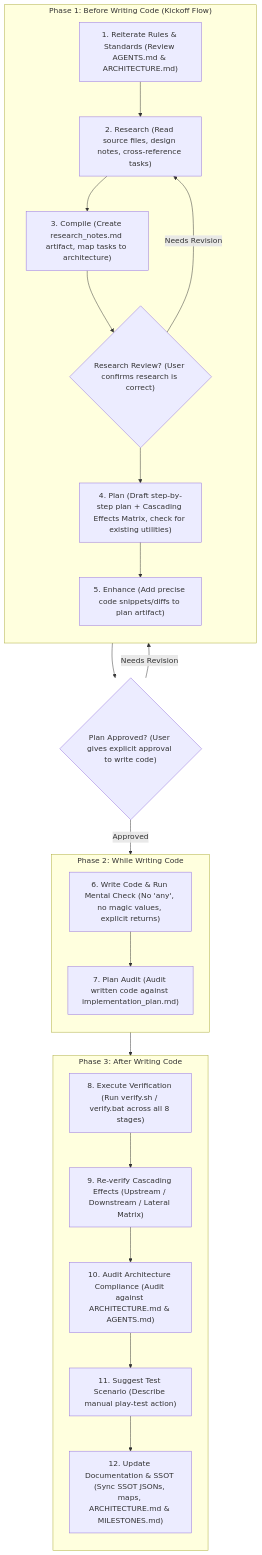
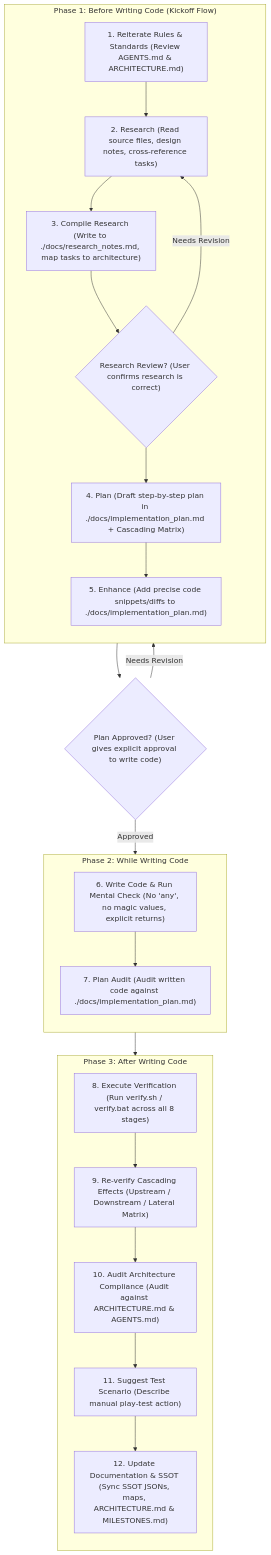
One commit to ThiagoRibas-dev/rogue_like changed the diagram in AGENTS.md. Above: the diagram before and after it, drawn with Mermaid. The commit also changed other lines of this file and 80 other files, not shown here.

````diff
--- a/AGENTS.md
+++ b/AGENTS.md
@@ -54,47 +54,47 @@
 ```mermaid
 flowchart TD
     subgraph Before ["Phase 1: Before Writing Code (Kickoff Flow)"]
         direction TB
         S1["1. Reiterate Rules & Standards (Review AGENTS.md & ARCHITECTURE.md)"]
         S2["2. Research (Read source files, design notes, cross-reference tasks)"]
-        S3["3. Compile (Create research_notes.md artifact, map tasks to architecture)"]
-        S4["4. Plan (Draft step-by-step plan + Cascading Effects Matrix, check for existing utilities)"]
-        S5["5. Enhance (Add precise code snippets/diffs to plan artifact)"]
+        S3["3. Compile Research (Write to ./docs/research_notes.md, map tasks to architecture)"]
+        S4["4. Plan (Draft step-by-step plan in ./docs/implementation_plan.md + Cascading Matrix)"]
+        S5["5. Enhance (Add precise code snippets/diffs to ./docs/implementation_plan.md)"]
         
         S1 --> S2
         S2 --> S3
         S3 --> ResearchGate
         ResearchGate --> S4
         S4 --> S5
     end
 
     ResearchGate{"Research Review? (User confirms research is correct)"}
     Gate{"Plan Approved? (User gives explicit approval to write code)"}
     
     subgraph While ["Phase 2: While Writing Code"]
         direction TB
         S6["6. Write Code & Run Mental Check (No 'any', no magic values, explicit returns)"]
-        S6_5["7. Plan Audit (Audit written code against implementation_plan.md)"]
+        S6_5["7. Plan Audit (Audit written code against ./docs/implementation_plan.md)"]
         S6 --> S6_5
     end
 
     subgraph After ["Phase 3: After Writing Code"]
         direction TB
         S7["8. Execute Verification (Run verify.sh / verify.bat across all 8 stages)"]
         S8["9. Re-verify Cascading Effects (Upstream / Downstream / Lateral Matrix)"]
         S9["10. Audit Architecture Compliance (Audit against ARCHITECTURE.md & AGENTS.md)"]
         S10["11. Suggest Test Scenario (Describe manual play-test action)"]
         S11["12. Update Documentation & SSOT (Sync SSOT JSONs, maps, ARCHITECTURE.md & MILESTONES.md)"]
         
         S7 --> S8
         S8 --> S9
         S9 --> S10
         S10 --> S11
     end
 
     S5 --> Gate
     Gate -- Approved --> S6
     Gate -- Needs Revision --> S4
     ResearchGate -- Needs Revision --> S2
     S6_5 --> S7
 ```
````
